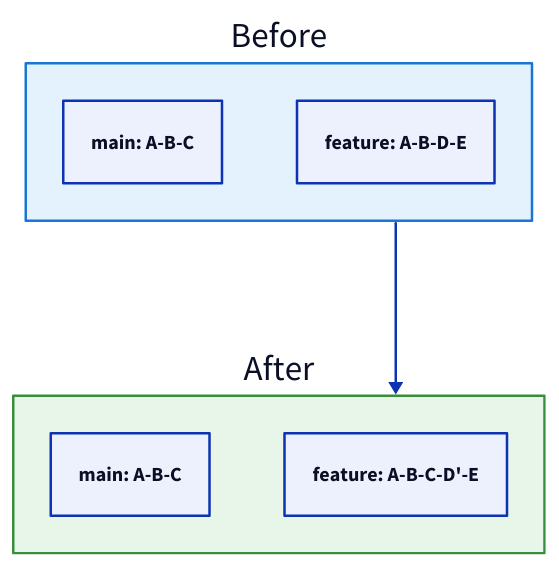
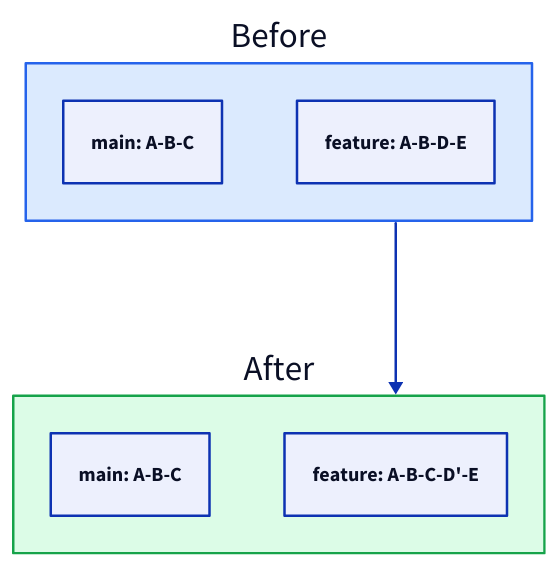
Before and after one commit to rebash-rebash/rebash-academy: the diagram in docs/git/rebasing-and-interactive-rebase.md, drawn with D2. The commit also changed 177 other files, not shown here.

First line of the commit message:
Ship Terraform track, diagram polish, and new brand favicon.

````diff
--- a/docs/git/rebasing-and-interactive-rebase.md
+++ b/docs/git/rebasing-and-interactive-rebase.md
@@ -48,23 +48,23 @@
 ```d2
 direction: down
 
 Before: "Before rebase" {
       style: {
-        fill: "#e3f2fd"
-        stroke: "#1976d2"
+        fill: "#dbeafe"
+        stroke: "#2563eb"
       }
         M1: "main: A-B-C"
         F1: "feature: A-B-D-E"
     }
     After: "After rebase feature onto main" {
       style: {
-        fill: "#e8f5e9"
-        stroke: "#388e3c"
+        fill: "#dcfce7"
+        stroke: "#16a34a"
       }
         M2: "main: A-B-C"
         F2: "feature: A-B-C-D'-E"
     }
     Before: Before
     After: After
     Before -> After
 ```
````
